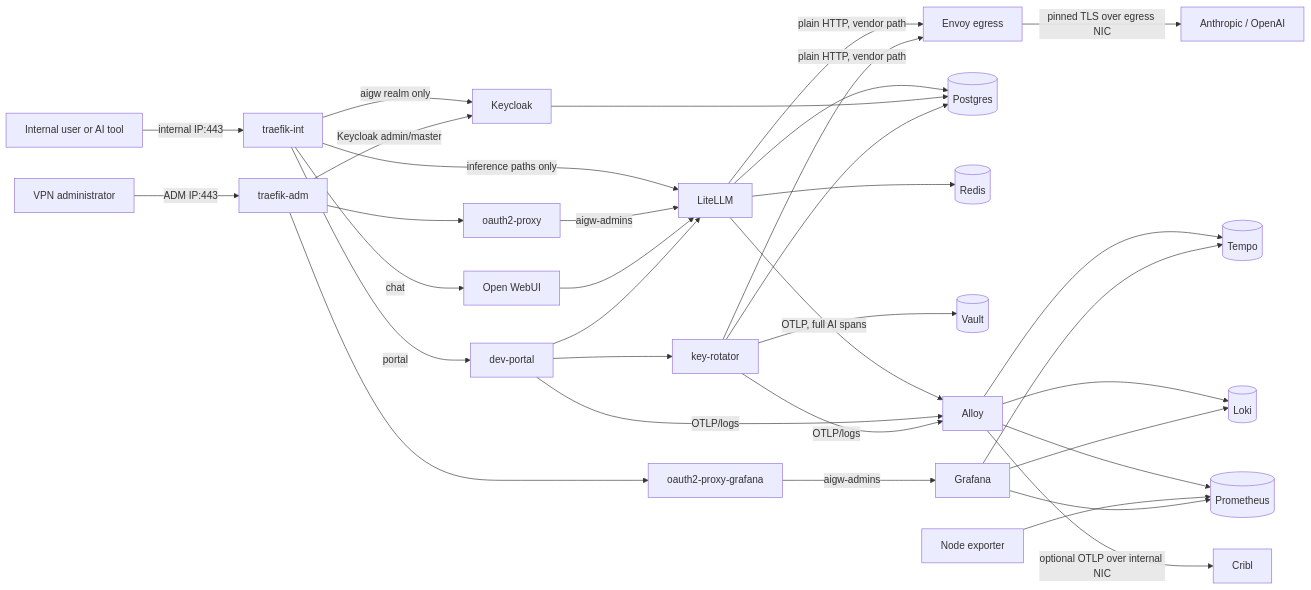
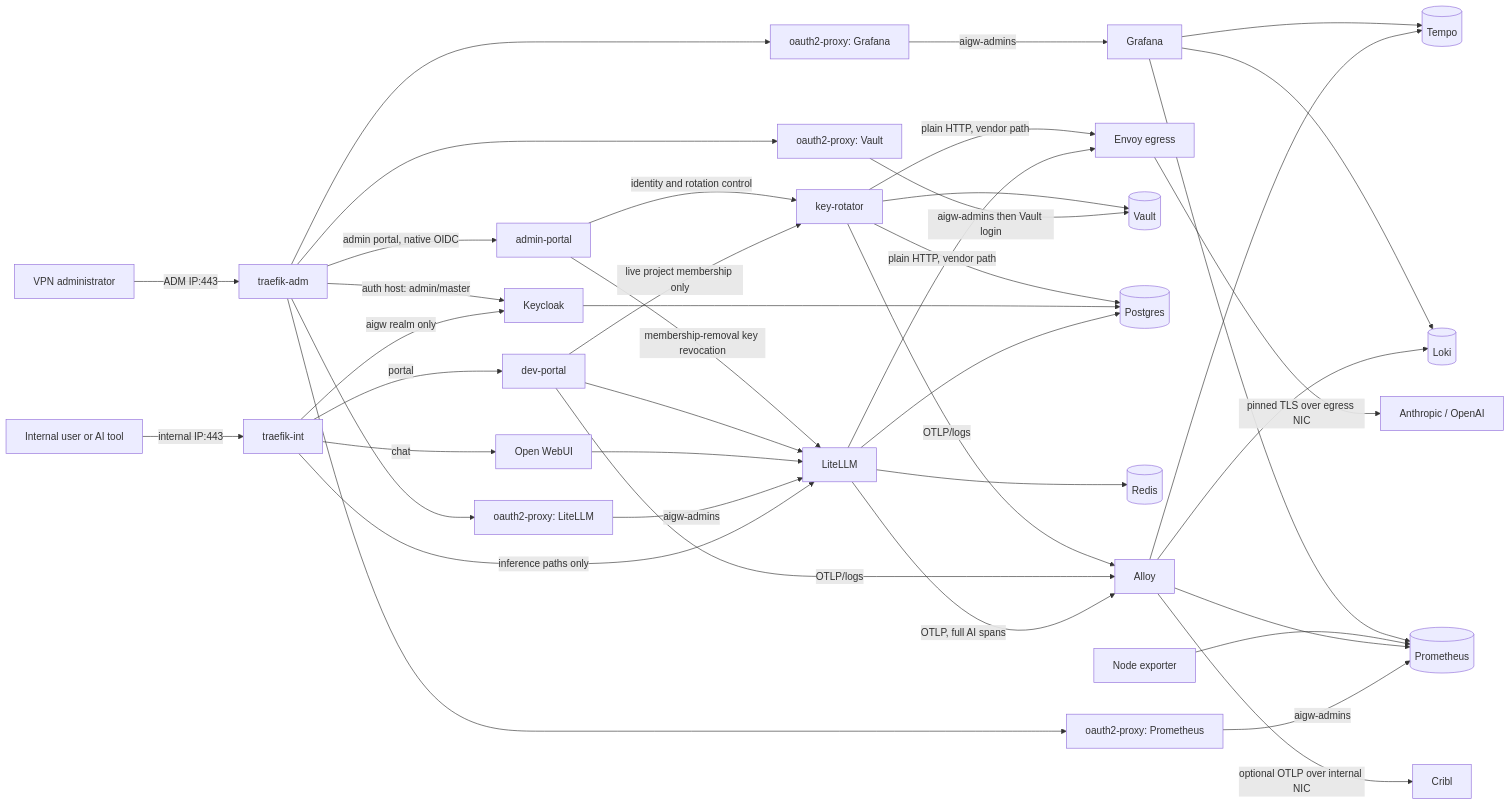
One commit to derhornspieler/ai-gateway changed the diagram in docs/solution-map.md. Above: the diagram before and after it, drawn with Mermaid. The commit also changed other lines of this file and 14 other files, not shown here.

````diff
--- a/docs/solution-map.md
+++ b/docs/solution-map.md
@@ -237,39 +239,46 @@
 ```mermaid
 flowchart LR
   U[Internal user or AI tool] -->|internal IP:443| TI[traefik-int]
   A[VPN administrator] -->|ADM IP:443| TA[traefik-adm]
 
   TI -->|chat| OW[Open WebUI]
   TI -->|inference paths only| LL[LiteLLM]
   TI -->|aigw realm only| KC[Keycloak]
   TI -->|portal| DP[dev-portal]
 
-  TA --> O2A[oauth2-proxy]
+  TA -->|admin portal, native OIDC| AP[admin-portal]
+  TA --> O2A[oauth2-proxy: LiteLLM]
   O2A -->|aigw-admins| LL
-  TA --> O2G[oauth2-proxy-grafana]
+  TA --> O2G[oauth2-proxy: Grafana]
   O2G -->|aigw-admins| GF[Grafana]
-  TA -->|Keycloak admin/master| KC
+  TA --> O2P[oauth2-proxy: Prometheus]
+  O2P -->|aigw-admins| PR[(Prometheus)]
+  TA --> O2V[oauth2-proxy: Vault]
+  O2V -->|aigw-admins then Vault login| VT[(Vault)]
+  TA -->|auth host: admin/master| KC
 
   OW --> LL
   DP --> LL
-  DP --> KR[key-rotator]
+  DP -->|live project membership only| KR[key-rotator]
+  AP -->|identity and rotation control| KR
+  AP -->|membership-removal key revocation| LL
   LL --> PG[(Postgres)]
   KC --> PG
   KR --> PG
   LL --> RD[(Redis)]
-  KR --> VT[(Vault)]
+  KR --> VT
 
   LL -->|plain HTTP, vendor path| EV[Envoy egress]
   KR -->|plain HTTP, vendor path| EV
   EV -->|pinned TLS over egress NIC| V[Anthropic / OpenAI]
 
   LL -->|OTLP, full AI spans| AL[Alloy]
   DP -->|OTLP/logs| AL
   KR -->|OTLP/logs| AL
   AL --> TP[(Tempo)]
   AL --> LK[(Loki)]
-  AL --> PR[(Prometheus)]
+  AL --> PR
   NE[Node exporter] --> PR
   AL -->|optional OTLP over internal NIC| CR[Cribl]
   GF --> TP & LK & PR
 ```
````
